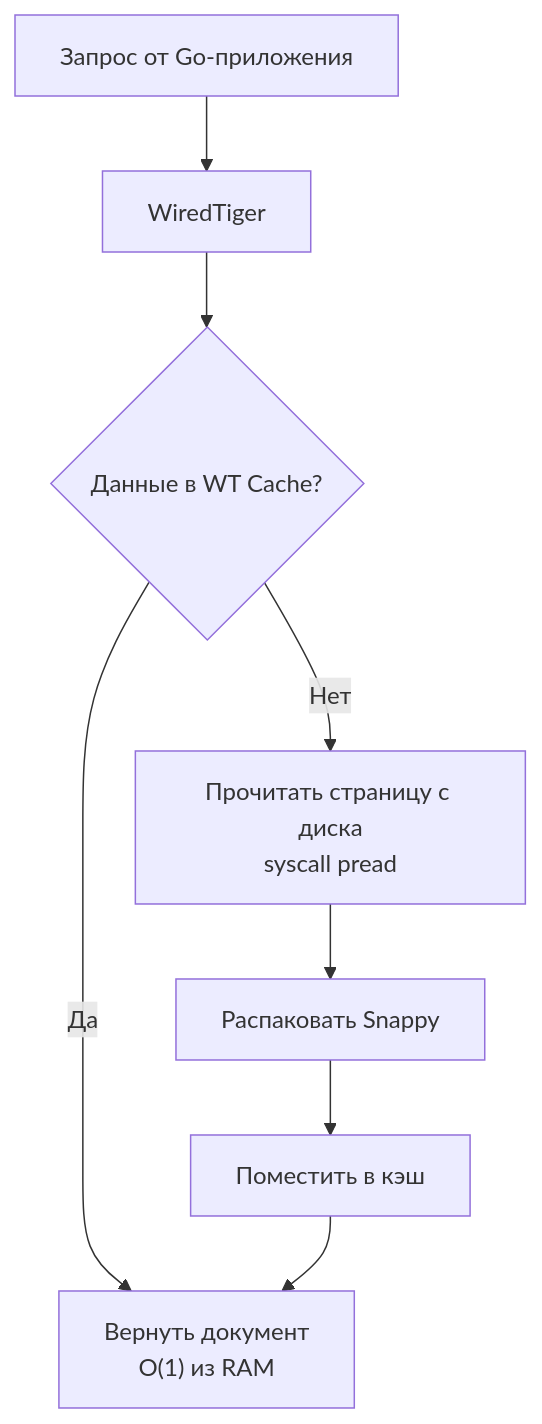
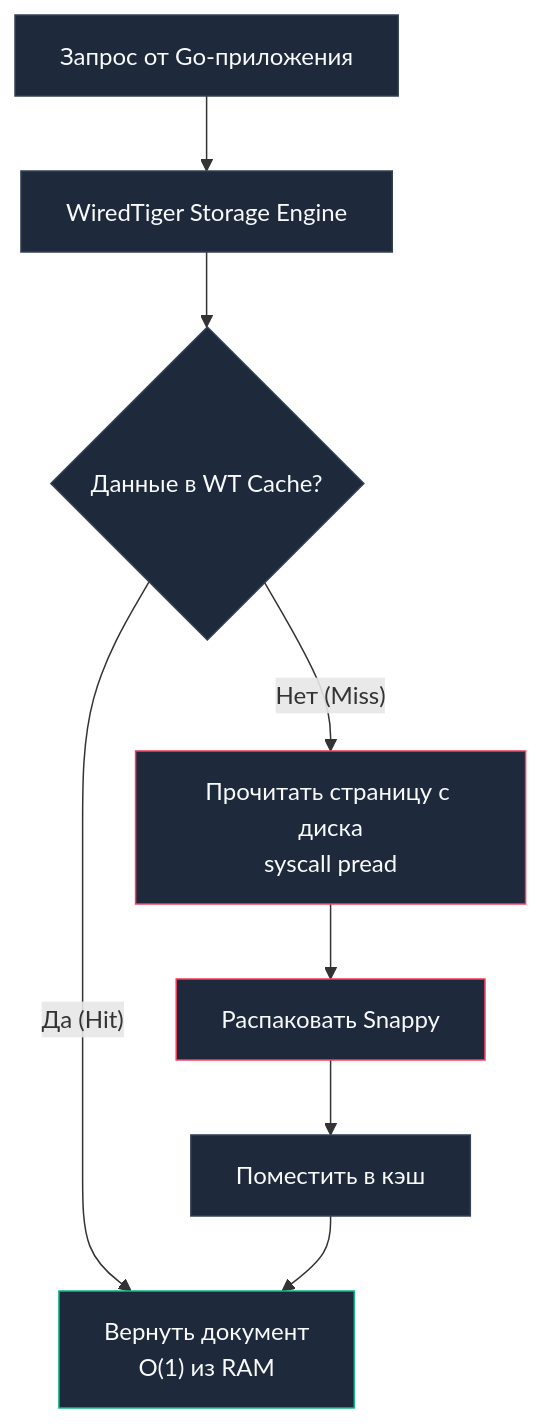
One commit to UnrealTemplier/go-textbook changed the second of 2 diagrams in sources/12. Базы данных/09. NoSQL базы/8. MongoDB под капотом.md. Above: the diagram before and after it, drawn with Mermaid. The commit also changed other lines of this file, not shown here.

````diff
--- a/sources/12. Базы данных/09. NoSQL базы/8. MongoDB под капотом.md
+++ b/sources/12. Базы данных/09. NoSQL базы/8. MongoDB под капотом.md
@@ -39,10 +47,16 @@
 ```mermaid
 flowchart TD
-    App["Запрос от Go-приложения"] --> WT["WiredTiger"]
+    App["Запрос от Go-приложения"] --> WT["WiredTiger Storage Engine"]
     WT --> Cache{"Данные в WT Cache?"}
-    Cache -- "Да" --> Response["Вернуть документ<br>O(1) из RAM"]
-    Cache -- "Нет" --> DiskRead["Прочитать страницу с диска<br>syscall pread"]
+    Cache -- "Да (Hit)" --> Response["Вернуть документ<br>O(1) из RAM"]
+    Cache -- "Нет (Miss)" --> DiskRead["Прочитать страницу с диска<br>syscall pread"]
     DiskRead --> Decompress["Распаковать Snappy"]
     Decompress --> CacheInsert["Поместить в кэш"]
     CacheInsert --> Response
+
+    classDef default fill:#1e293b,stroke:#334155,color:#f8fafc;
+    classDef hit fill:#1e293b,stroke:#10b981,color:#f8fafc;
+    classDef miss fill:#1e293b,stroke:#f43f5e,color:#f8fafc;
+    class Response hit;
+    class DiskRead,Decompress miss;
 ```
````
